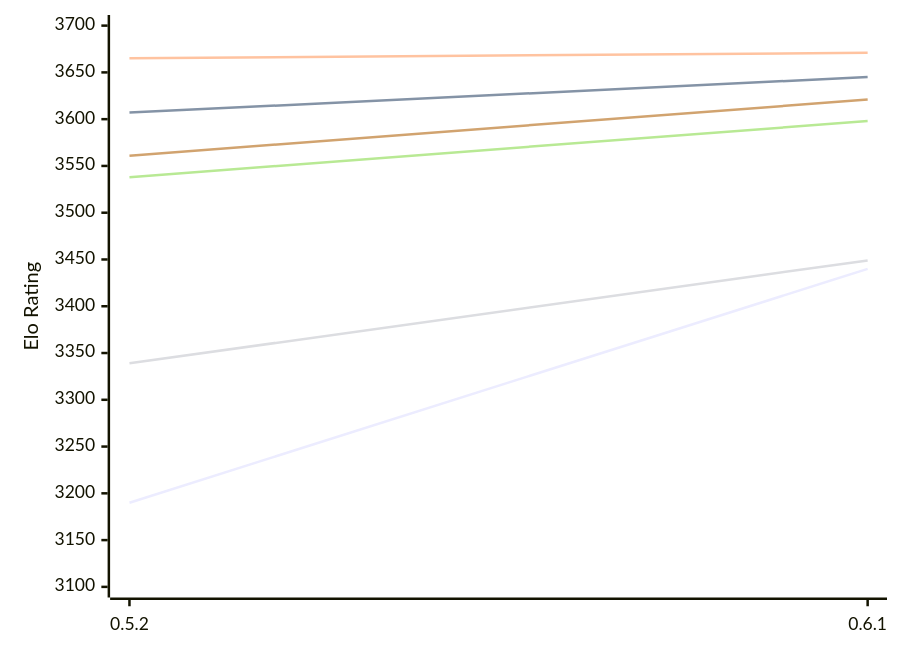
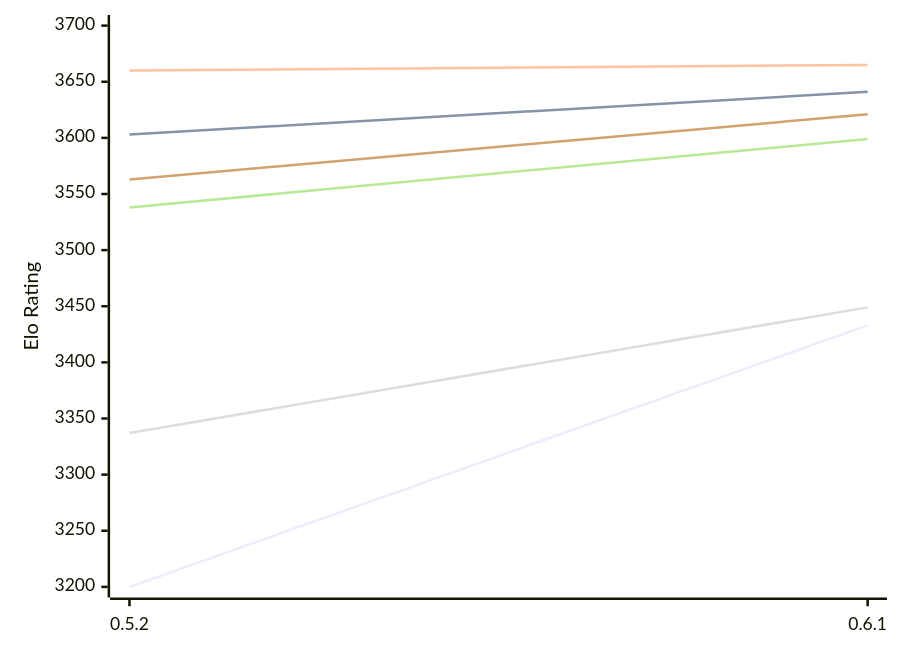
One commit to computer-chess-index/cci changed the first of 2 diagrams in engines/Cinder.md. Above: the diagram before and after it, drawn with Mermaid. The commit also changed other lines of this file, not shown here.

Commit message:
Update CCI Ratings (ELO VLTC) - 2026-11-26

````diff
--- a/engines/Cinder.md
+++ b/engines/Cinder.md
@@ -54,12 +54,12 @@
 ```mermaid
 %%{init: {"theme":"base","themeVariables":{"seriesColors:['#a3a3a3','#222221','#faa371']}}}%%
 xychart-beta
   x-axis ["0.5.2", "0.6.1"]
-  y-axis "Elo Rating" 3100 --> 3700
-  line "E1: STC (8.0+0.08s)" [3190, 3440]
-  line "E1: LTC (60.0+0.60s)" [3607, 3645]
-  line "E1: VLTC (2m24s+1.12s)" [3665, 3671]
-  line "P1: STC (8.0+0.08s)" [3339, 3449]
-  line "P1: LTC (60.0+0.60s)" [3538, 3598]
-  line "P1: VLTC (2m24s+1.12s)" [3561, 3621]
+  y-axis "Elo Rating" 3200 --> 3700
+  line "E1: STC (8.0+0.08s)" [3200, 3433]
+  line "E1: LTC (60.0+0.60s)" [3603, 3641]
+  line "E1: VLTC (2m24s+1.12s)" [3660, 3665]
+  line "P1: STC (8.0+0.08s)" [3337, 3449]
+  line "P1: LTC (60.0+0.60s)" [3538, 3599]
+  line "P1: VLTC (2m24s+1.12s)" [3563, 3621]
 ```
````
